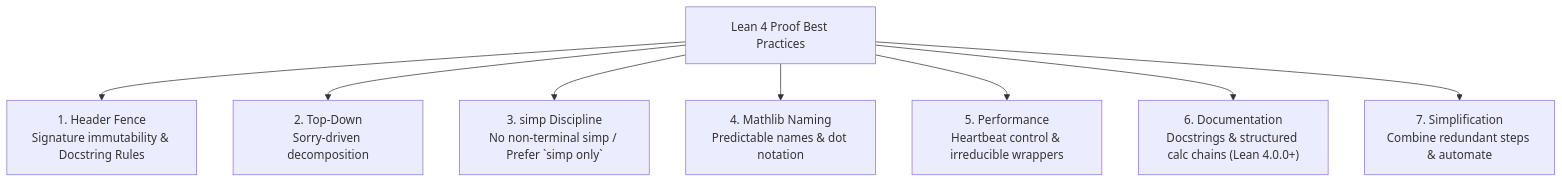
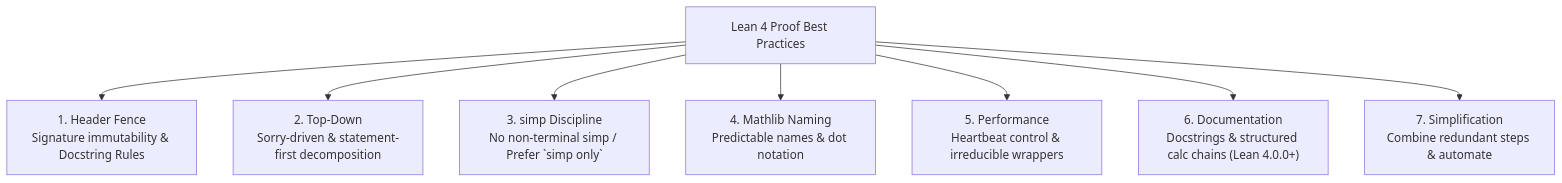
One commit to MI-1222/lean4-skills changed the first of 2 diagrams in skills/lean4-best-practice/SKILL.md. Above: the diagram before and after it, drawn with Mermaid. The commit also changed other lines of this file and 4 other files, not shown here.

````diff
--- a/skills/lean4-best-practice/SKILL.md
+++ b/skills/lean4-best-practice/SKILL.md
@@ -37,11 +38,11 @@
 ```mermaid
 graph TD
     Root["Lean 4 Proof Best Practices"]
     Root --> P1["1. Header Fence<br/>Signature immutability & Docstring Rules"]
-    Root --> P2["2. Top-Down<br/>Sorry-driven decomposition"]
+    Root --> P2["2. Top-Down<br/>Sorry-driven & statement-first decomposition"]
     Root --> P3["3. simp Discipline<br/>No non-terminal simp / Prefer `simp only`"]
     Root --> P4["4. Mathlib Naming<br/>Predictable names & dot notation"]
     Root --> P5["5. Performance<br/>Heartbeat control & irreducible wrappers"]
     Root --> P6["6. Documentation<br/>Docstrings & structured calc chains (Lean 4.0.0+)"]
     Root --> P7["7. Simplification<br/>Combine redundant steps & automate"]
 ```
````
